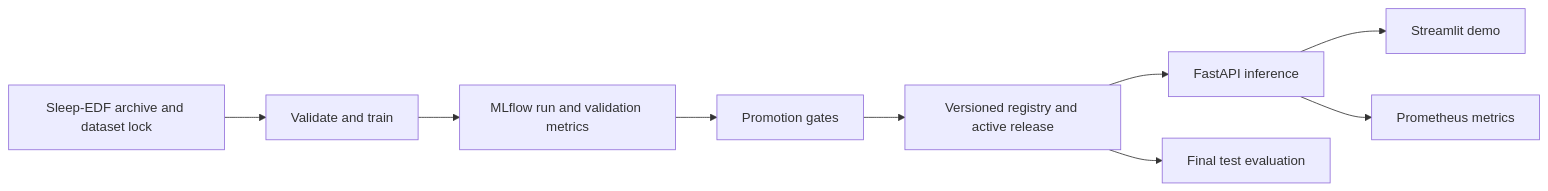
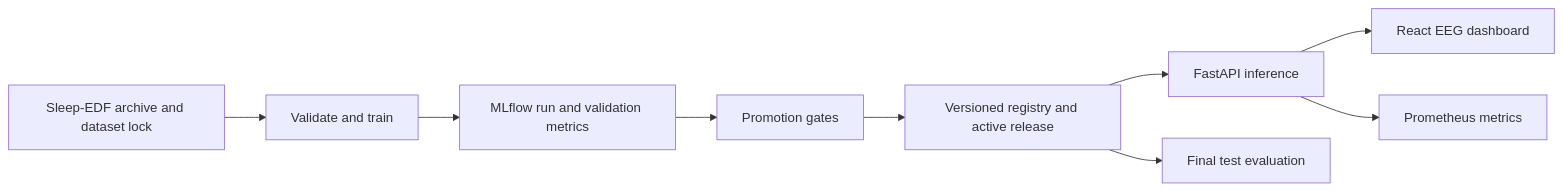
One commit to adam12bT/deepecg changed the diagram in MLOPS.md. Above: the diagram before and after it, drawn with Mermaid. The commit also changed other lines of this file and 23 other files, not shown here.

Commit message:
Build the SleepOps React dashboard

````diff
--- a/MLOPS.md
+++ b/MLOPS.md
@@ -5,11 +5,11 @@
 ```mermaid
 flowchart LR
     A[Sleep-EDF archive and dataset lock] --> B[Validate and train]
     B --> C[MLflow run and validation metrics]
     C --> D[Promotion gates]
     D --> E[Versioned registry and active release]
     E --> F[FastAPI inference]
-    F --> G[Streamlit demo]
+    F --> G[React EEG dashboard]
     F --> H[Prometheus metrics]
     E --> I[Final test evaluation]
 ```
````
